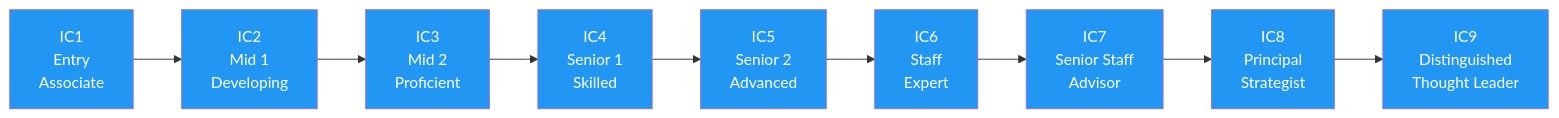
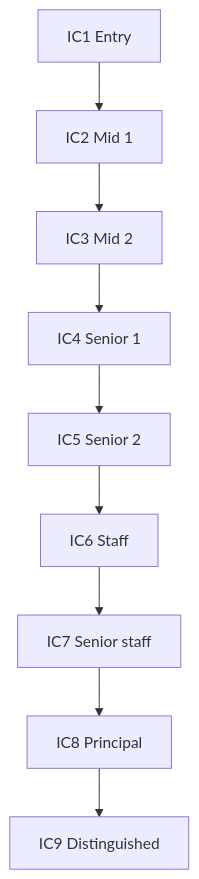
Before and after one commit to ultralytics/handbook: the diagram in docs/en/people/careers/levels-ic.md, drawn with Mermaid. The commit also changed 16 other files, not shown here.

First line of the commit message:
Migrate handbook Mermaid diagrams to the unified design system

````diff
--- a/docs/en/people/careers/levels-ic.md
+++ b/docs/en/people/careers/levels-ic.md
@@ -20,13 +20,11 @@
 ```mermaid
-graph LR
-    IC1[IC1<br/>Entry<br/>Associate]:::proc --> IC2[IC2<br/>Mid 1<br/>Developing]:::proc
-    IC2 --> IC3[IC3<br/>Mid 2<br/>Proficient]:::proc
-    IC3 --> IC4[IC4<br/>Senior 1<br/>Skilled]:::proc
-    IC4 --> IC5[IC5<br/>Senior 2<br/>Advanced]:::proc
-    IC5 --> IC6[IC6<br/>Staff<br/>Expert]:::proc
-    IC6 --> IC7[IC7<br/>Senior Staff<br/>Advisor]:::proc
-    IC7 --> IC8[IC8<br/>Principal<br/>Strategist]:::proc
-    IC8 --> IC9[IC9<br/>Distinguished<br/>Thought Leader]:::proc
-
-    classDef proc fill:#2196F3,color:#fff
+flowchart TD
+    IC1[IC1 Entry] --> IC2[IC2 Mid 1]
+    IC2 --> IC3[IC3 Mid 2]
+    IC3 --> IC4[IC4 Senior 1]
+    IC4 --> IC5[IC5 Senior 2]
+    IC5 --> IC6[IC6 Staff]
+    IC6 --> IC7[IC7 Senior staff]
+    IC7 --> IC8[IC8 Principal]
+    IC8 --> IC9[IC9 Distinguished]
 ```
````
